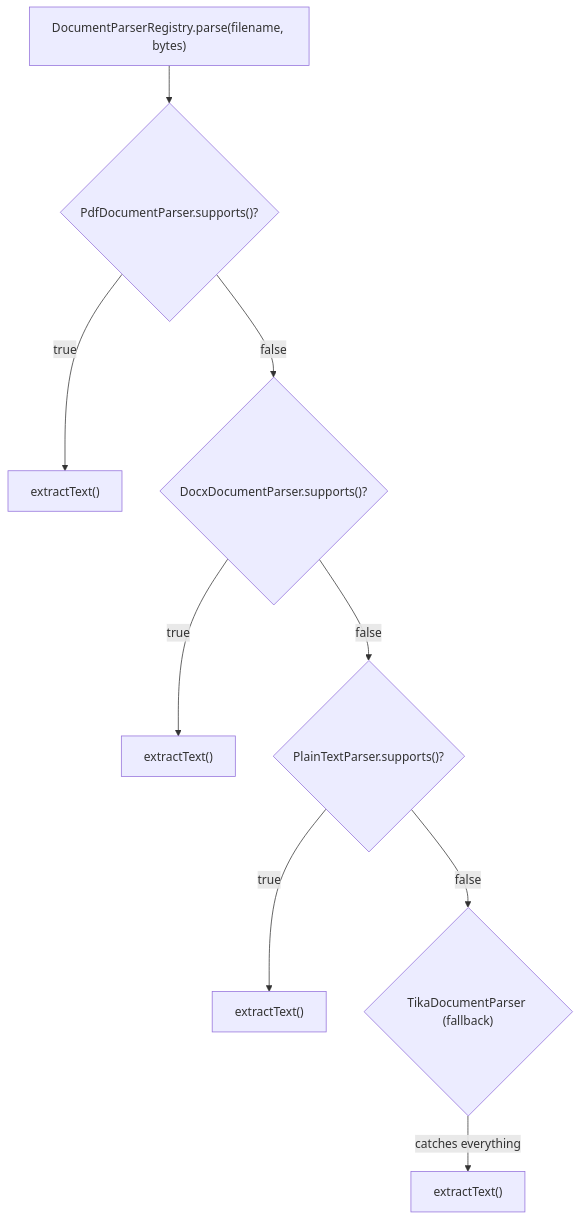
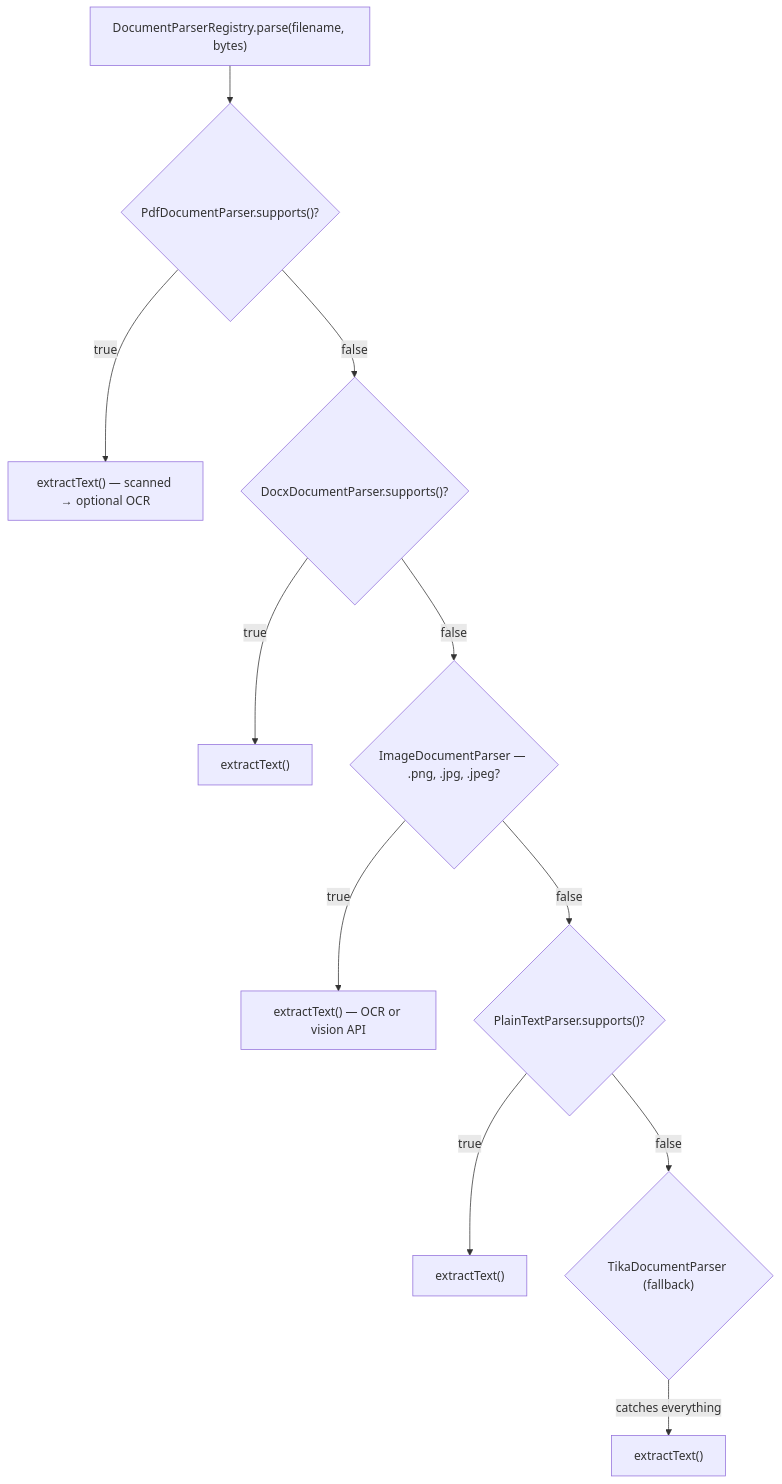
Before and after one commit to josalero/generic-rag-poc: the second of 3 diagrams in ingestion-pipeline.md, drawn with Mermaid. The commit also changed other lines of this file and 2 other files, not shown here.

````diff
--- a/ingestion-pipeline.md
+++ b/ingestion-pipeline.md
@@ -183,11 +183,13 @@
 ```mermaid
 flowchart TD
     START["DocumentParserRegistry.parse(filename, bytes)"] --> PDF{"PdfDocumentParser.supports()?"}
-    PDF -- "true" --> EXTRACT_PDF["extractText()"]
+    PDF -- "true" --> EXTRACT_PDF["extractText() — scanned → optional OCR"]
     PDF -- "false" --> DOCX{"DocxDocumentParser.supports()?"}
     DOCX -- "true" --> EXTRACT_DOCX["extractText()"]
-    DOCX -- "false" --> PLAIN{"PlainTextParser.supports()?"}
+    DOCX -- "false" --> IMG{"ImageDocumentParser — .png, .jpg, .jpeg?"}
+    IMG -- "true" --> EXTRACT_IMG["extractText() — OCR or vision API"]
+    IMG -- "false" --> PLAIN{"PlainTextParser.supports()?"}
     PLAIN -- "true" --> EXTRACT_PLAIN["extractText()"]
     PLAIN -- "false" --> TIKA{"TikaDocumentParser (fallback)"}
     TIKA -- "catches everything" --> EXTRACT_TIKA["extractText()"]
 ```
````
